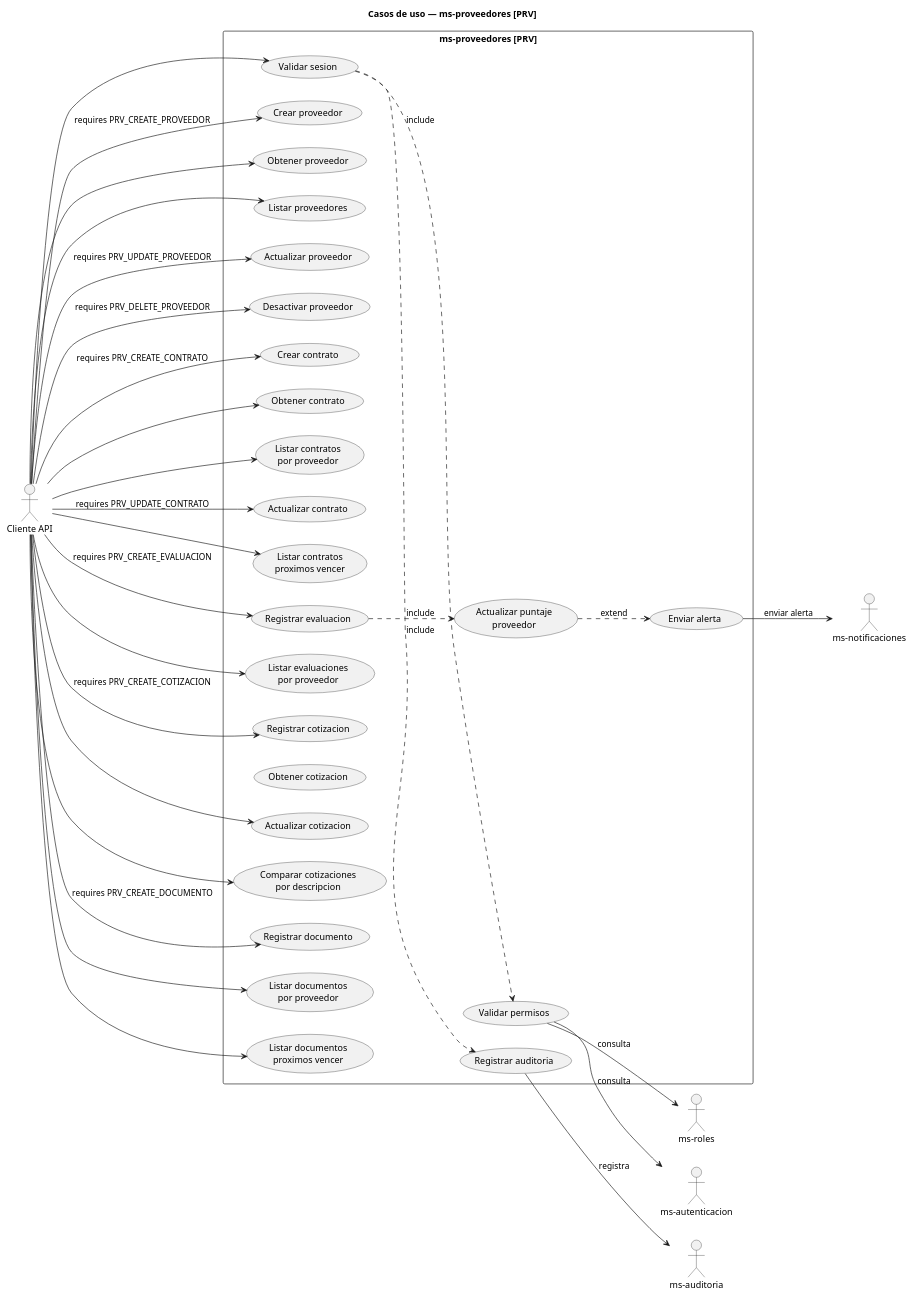
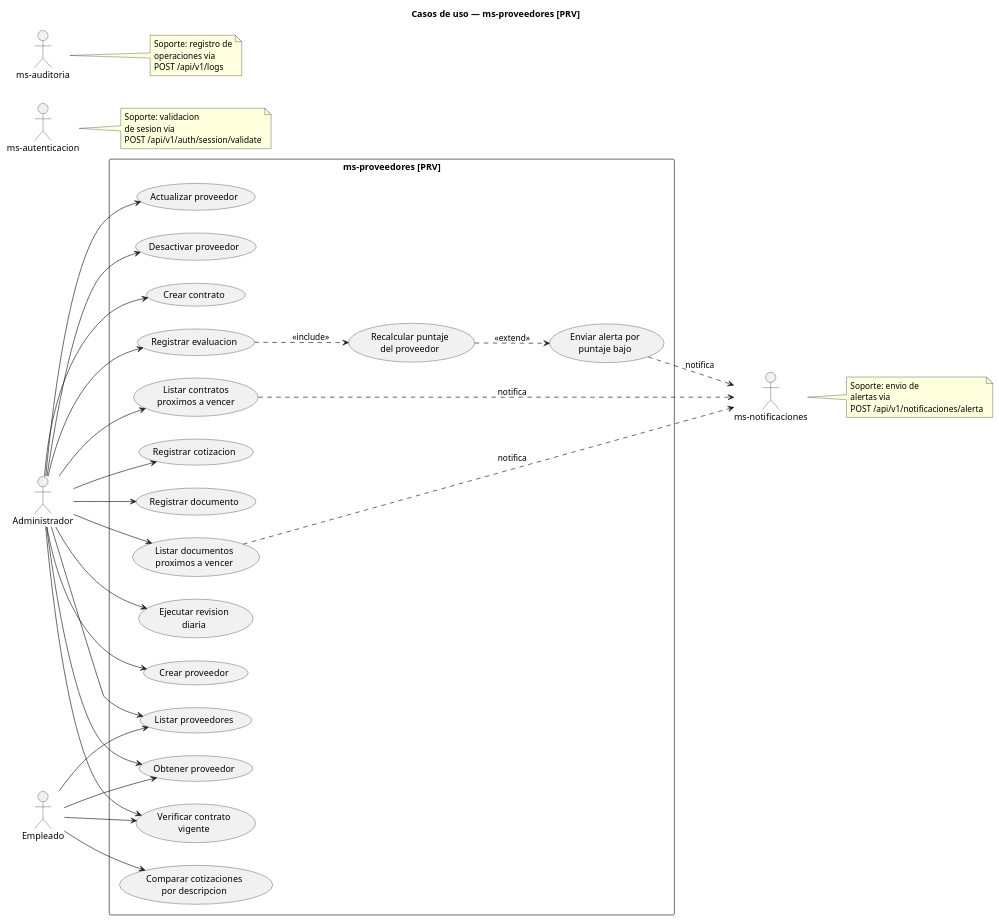
One commit to Reluckycf/ms-proveedores changed the diagram in docs/uml/casos_uso_ms-proveedores.puml. Above: the diagram before and after it, drawn with PlantUML. The commit also changed other lines of this file and 33 other files, not shown here.

Commit message:
agregado y modificado docs, documento de arquitectura, cambios a diagramas uml y exportados a pdf y png

```diff
--- a/docs/uml/casos_uso_ms-proveedores.puml
+++ b/docs/uml/casos_uso_ms-proveedores.puml
@@ -1,78 +1,78 @@
 @startuml
 title Casos de uso — ms-proveedores [PRV]
 left to right direction
 
-actor "Cliente API" as Cliente
+actor "Administrador" as Admin
+actor "Empleado" as Emp
 actor "ms-autenticacion" as Auth
-actor "ms-roles" as Roles  
 actor "ms-auditoria" as Audit
 actor "ms-notificaciones" as Notif
 
 rectangle "ms-proveedores [PRV]" {
-  usecase "Validar sesion" as UC_VAL_SES
-  usecase "Validar permisos" as UC_VAL_PERM
-  usecase "Registrar auditoria" as UC_REG_AUDIT
-  
   usecase "Crear proveedor" as UC1
   usecase "Obtener proveedor" as UC2
   usecase "Listar proveedores" as UC3
   usecase "Actualizar proveedor" as UC4
   usecase "Desactivar proveedor" as UC5
+  usecase "Verificar contrato\nvigente" as UC6
 
-  usecase "Crear contrato" as UC6
-  usecase "Obtener contrato" as UC7
-  usecase "Listar contratos\npor proveedor" as UC8
-  usecase "Actualizar contrato" as UC9
-  usecase "Listar contratos\nproximos vencer" as UC10
+  usecase "Crear contrato" as UC7
+  usecase "Listar contratos\nproximos a vencer" as UC8
 
-  usecase "Registrar evaluacion" as UC11
-  usecase "Actualizar puntaje\nproveedor" as UC11B
-  usecase "Listar evaluaciones\npor proveedor" as UC12
+  usecase "Registrar evaluacion" as UC9
+  usecase "Recalcular puntaje\ndel proveedor" as UC10
+  usecase "Enviar alerta por\npuntaje bajo" as UC11
 
-  usecase "Registrar cotizacion" as UC13
-  usecase "Obtener cotizacion" as UC14B
-  usecase "Actualizar cotizacion" as UC14
-  usecase "Comparar cotizaciones\npor descripcion" as UC15
+  usecase "Registrar cotizacion" as UC12
+  usecase "Comparar cotizaciones\npor descripcion" as UC13
 
-  usecase "Registrar documento" as UC16
-  usecase "Listar documentos\npor proveedor" as UC17
-  usecase "Listar documentos\nproximos vencer" as UC18
+  usecase "Registrar documento" as UC14
+  usecase "Listar documentos\nproximos a vencer" as UC15
 
-  usecase "Enviar alerta" as UCAlert
+  usecase "Ejecutar revision\ndiaria" as UC16
 }
 
-Cliente --> UC_VAL_SES
-UC_VAL_SES ..> UC_VAL_PERM : include
-UC_VAL_SES ..> UC_REG_AUDIT : include
-UC_VAL_PERM --> Auth : consulta
-UC_VAL_PERM --> Roles : consulta
-UC_REG_AUDIT --> Audit : registra
+Admin --> UC1
+Admin --> UC2
+Admin --> UC3
+Admin --> UC4
+Admin --> UC5
+Admin --> UC6
+Admin --> UC7
+Admin --> UC8
+Admin --> UC9
+Admin --> UC12
+Admin --> UC14
+Admin --> UC15
+Admin --> UC16
 
-Cliente --> UC1 : requires PRV_CREATE_PROVEEDOR
-Cliente --> UC2
-Cliente --> UC3
-Cliente --> UC4 : requires PRV_UPDATE_PROVEEDOR
-Cliente --> UC5 : requires PRV_DELETE_PROVEEDOR
+Emp --> UC2
+Emp --> UC3
+Emp --> UC6
+Emp --> UC13
 
-Cliente --> UC6 : requires PRV_CREATE_CONTRATO
-Cliente --> UC7
-Cliente --> UC8
-Cliente --> UC9 : requires PRV_UPDATE_CONTRATO
-Cliente --> UC10
+UC9 ..> UC10 : <<include>>
+UC10 ..> UC11 : <<extend>>
+UC8 ..> Notif : notifica
+UC15 ..> Notif : notifica
+UC11 ..> Notif : notifica
 
-Cliente --> UC11 : requires PRV_CREATE_EVALUACION
-UC11 ..> UC11B : include
-UC11B ..> UCAlert : extend
-Cliente --> UC12
+note right of Auth
+Soporte: validacion
+de sesion via
+POST /api/v1/auth/session/validate
+end note
 
-Cliente --> UC13 : requires PRV_CREATE_COTIZACION
-Cliente --> UC14
-Cliente --> UC15
+note right of Audit
+Soporte: registro de
+operaciones via
+POST /api/v1/logs
+end note
 
-Cliente --> UC16 : requires PRV_CREATE_DOCUMENTO
-Cliente --> UC17
-Cliente --> UC18
-
-UCAlert --> Notif : enviar alerta
+note right of Notif
+Soporte: envio de
+alertas via
+POST /api/v1/notificaciones/alerta
+end note
 
 @enduml
```
